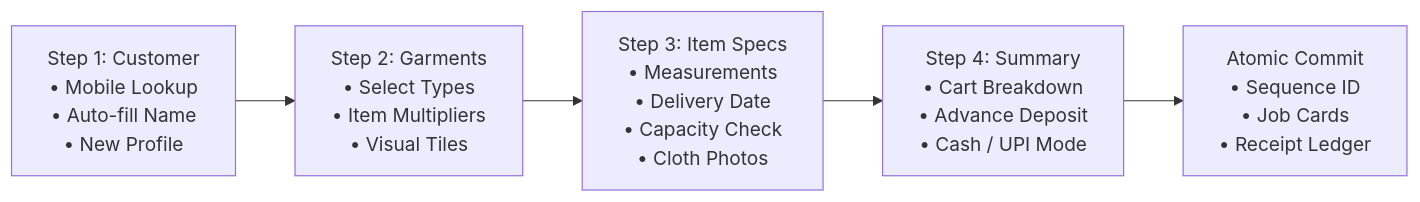
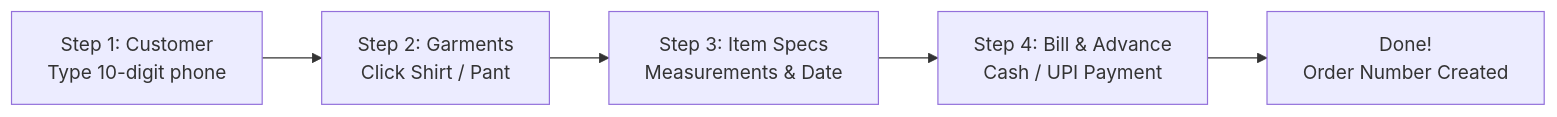
The first of 2 diagrams in docs/04-ORDER_LIFECYCLE_FINANCIALS_AND_CAPACITY_SCHEDULER.md (shubham-tankariya-01/geetanjali), drawn with Mermaid before and after one commit. The commit also changed other lines of this file and 7 other files, not shown here.

First line of the commit message:
docs: simplify documentation language and remove future roadmap

````diff
--- a/docs/04-ORDER_LIFECYCLE_FINANCIALS_AND_CAPACITY_SCHEDULER.md
+++ b/docs/04-ORDER_LIFECYCLE_FINANCIALS_AND_CAPACITY_SCHEDULER.md
@@ -13,7 +12,7 @@
 ```mermaid
 flowchart LR
-    Step1["Step 1: Customer<br/>• Mobile Lookup<br/>• Auto-fill Name<br/>• New Profile"] --> Step2["Step 2: Garments<br/>• Select Types<br/>• Item Multipliers<br/>• Visual Tiles"]
-    Step2 --> Step3["Step 3: Item Specs<br/>• Measurements<br/>• Delivery Date<br/>• Capacity Check<br/>• Cloth Photos"]
-    Step3 --> Step4["Step 4: Summary<br/>• Cart Breakdown<br/>• Advance Deposit<br/>• Cash / UPI Mode"]
-    Step4 --> Commit["Atomic Commit<br/>• Sequence ID<br/>• Job Cards<br/>• Receipt Ledger"]
+    Step1["Step 1: Customer<br/>Type 10-digit phone"] --> Step2["Step 2: Garments<br/>Click Shirt / Pant"]
+    Step2 --> Step3["Step 3: Item Specs<br/>Measurements & Date"]
+    Step3 --> Step4["Step 4: Bill & Advance<br/>Cash / UPI Payment"]
+    Step4 --> Saved["Done!<br/>Order Number Created"]
 ```
````
